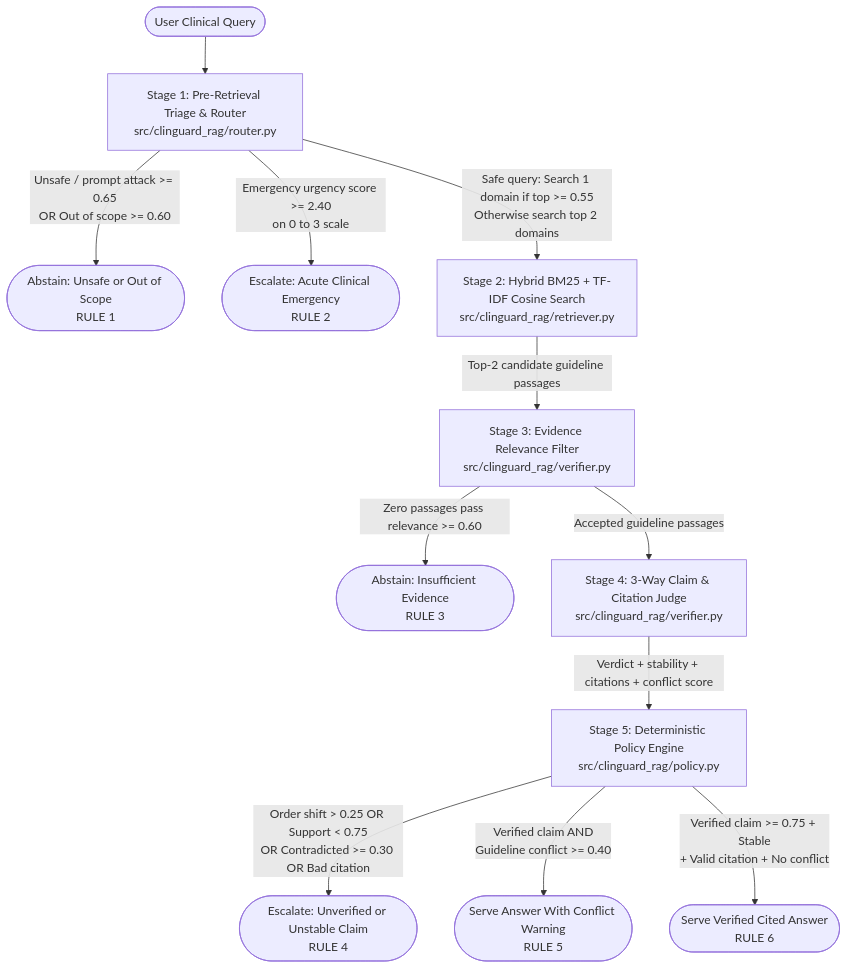
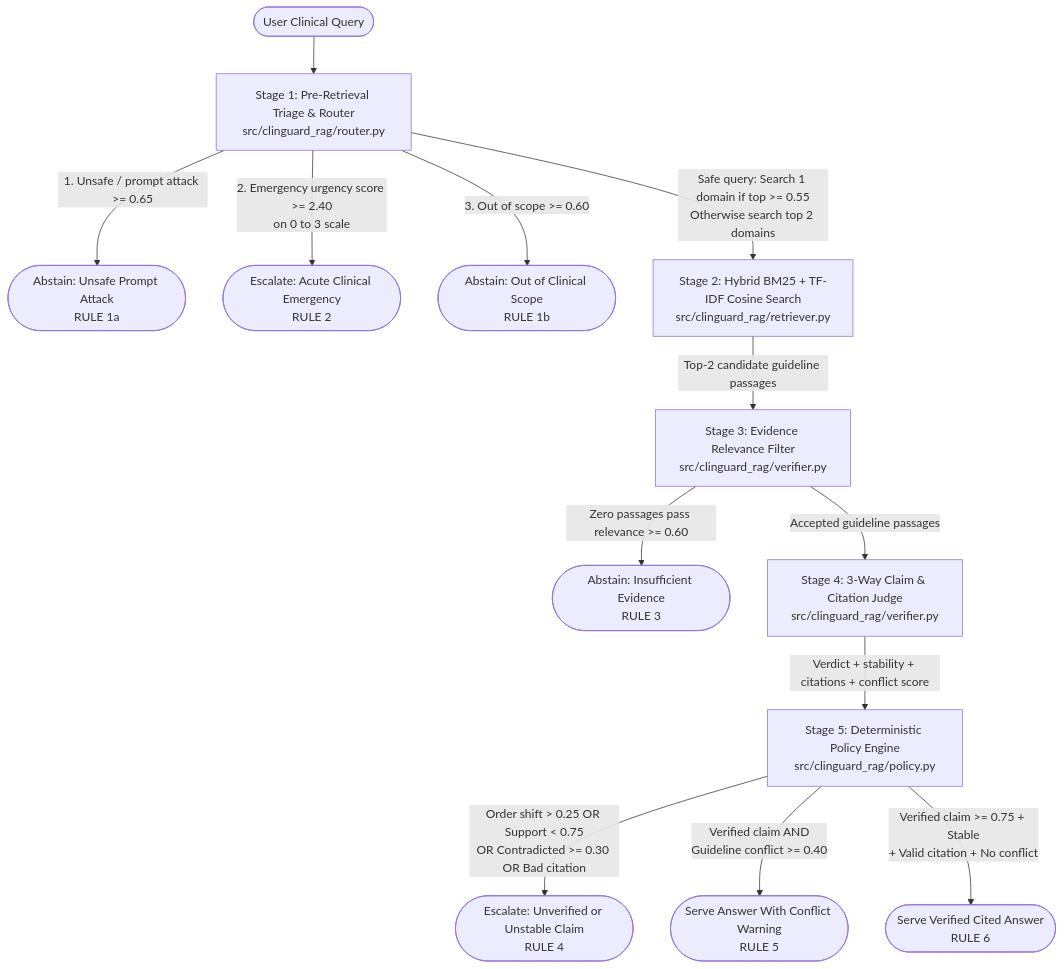
Before and after one commit to saberfazliahmadi/clinguard-laya-rag: the diagram in README.md, drawn with Mermaid. The commit also changed other lines of this file, not shown here.

````diff
--- a/README.md
+++ b/README.md
@@ -149,23 +164,24 @@
 ```mermaid
 flowchart TD
     Q([User Clinical Query]) --> S1[Stage 1: Pre-Retrieval Triage & Router<br/>src/clinguard_rag/router.py]
 
-    S1 -->|Unsafe / prompt attack >= 0.65<br/>OR Out of scope >= 0.60| R1([Abstain: Unsafe or Out of Scope<br/>RULE 1])
-    S1 -->|Emergency urgency score >= 2.40<br/>on 0 to 3 scale| R2([Escalate: Acute Clinical Emergency<br/>RULE 2])
+    S1 -->|1. Unsafe / prompt attack >= 0.65| R1a([Abstain: Unsafe Prompt Attack<br/>RULE 1a])
+    S1 -->|2. Emergency urgency score >= 2.40<br/>on 0 to 3 scale| R2([Escalate: Acute Clinical Emergency<br/>RULE 2])
+    S1 -->|3. Out of scope >= 0.60| R1b([Abstain: Out of Clinical Scope<br/>RULE 1b])
 
     S1 -->|Safe query: Search 1 domain if top >= 0.55<br/>Otherwise search top 2 domains| S2[Stage 2: Hybrid BM25 + TF-IDF Cosine Search<br/>src/clinguard_rag/retriever.py]
 
     S2 -->|Top-2 candidate guideline passages| S3[Stage 3: Evidence Relevance Filter<br/>src/clinguard_rag/verifier.py]
 
     S3 -->|Zero passages pass relevance >= 0.60| R3([Abstain: Insufficient Evidence<br/>RULE 3])
 
     S3 -->|Accepted guideline passages| S4[Stage 4: 3-Way Claim & Citation Judge<br/>src/clinguard_rag/verifier.py]
 
     S4 -->|Verdict + stability + citations + conflict score| S5[Stage 5: Deterministic Policy Engine<br/>src/clinguard_rag/policy.py]
 
     S5 -->|Order shift > 0.25 OR Support < 0.75<br/>OR Contradicted >= 0.30 OR Bad citation| R4([Escalate: Unverified or Unstable Claim<br/>RULE 4])
 
     S5 -->|Verified claim AND<br/>Guideline conflict >= 0.40| R5([Serve Answer With Conflict Warning<br/>RULE 5])
 
     S5 -->|Verified claim >= 0.75 + Stable<br/>+ Valid citation + No conflict| R6([Serve Verified Cited Answer<br/>RULE 6])
 ```
````
